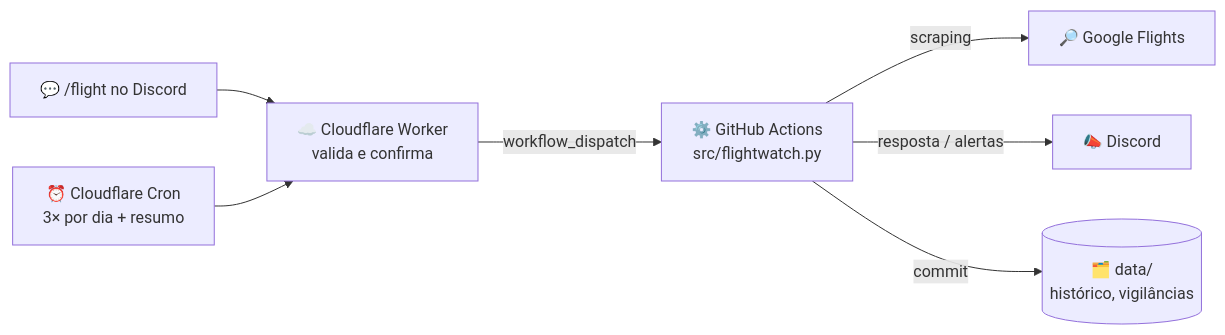
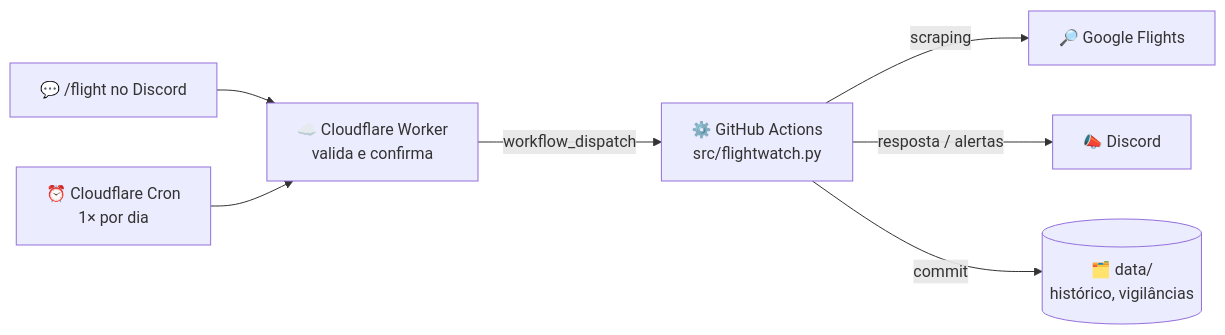
One commit to Jorge-Barbosa1/flightbot changed the diagram in README.md. Above: the diagram before and after it, drawn with Mermaid. The commit also changed other lines of this file and 1 other file, not shown here.

Commit message:
Cron: uma corrida por dia (resumo) para poupar Actions

````diff
--- a/README.md
+++ b/README.md
@@ -87,9 +87,9 @@
 ```mermaid
 flowchart LR
     U["💬 /flight no Discord"] --> W["☁️ Cloudflare Worker<br/>valida e confirma"]
     W -->|workflow_dispatch| G["⚙️ GitHub Actions<br/>src/flightwatch.py"]
-    C["⏰ Cloudflare Cron<br/>3× por dia + resumo"] --> W
+    C["⏰ Cloudflare Cron<br/>1× por dia"] --> W
     G -->|scraping| F["🔎 Google Flights"]
     G -->|resposta / alertas| D["📣 Discord"]
     G -->|commit| R[("🗂️ data/<br/>histórico, vigilâncias")]
 ```
````
